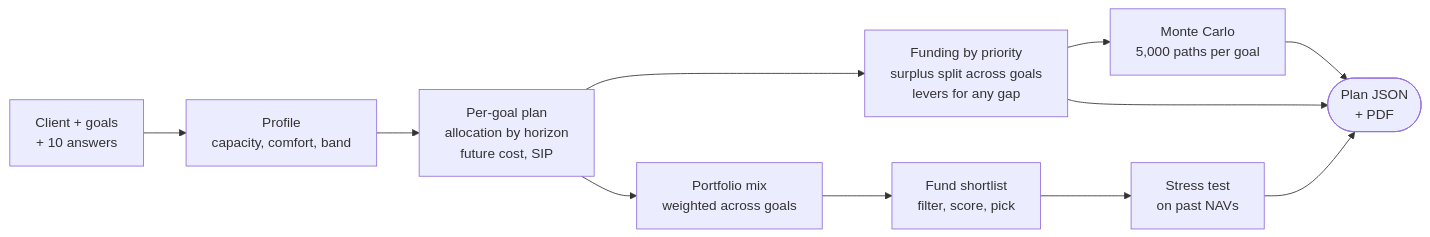
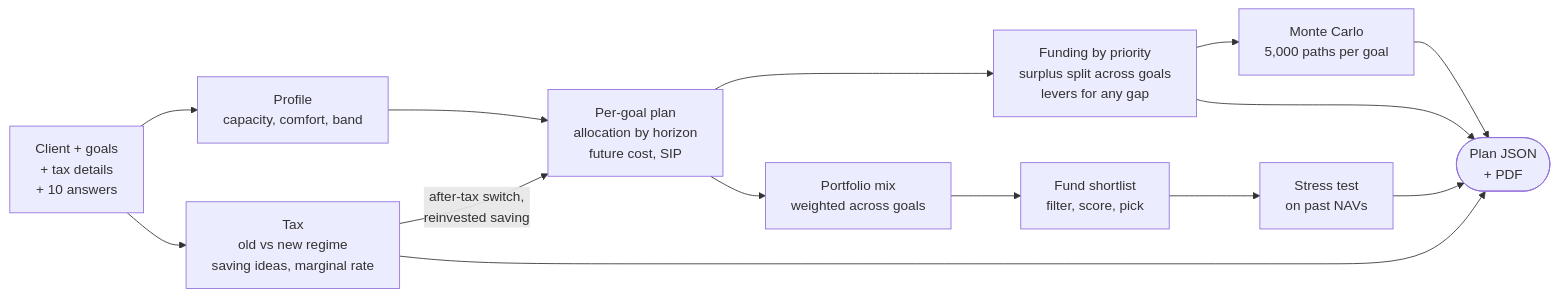
The second of 8 diagrams in README.md (debmukdm-jioinstitute/Fund-Horizon), drawn with Mermaid before and after one commit. The commit also changed other lines of this file and 8 other files, not shown here.

````diff
--- a/README.md
+++ b/README.md
@@ -100,13 +101,16 @@
 ```mermaid
 flowchart LR
-    A["Client + goals<br/>+ 10 answers"] --> B["Profile<br/>capacity, comfort, band"]
+    A["Client + goals<br/>+ tax details<br/>+ 10 answers"] --> B["Profile<br/>capacity, comfort, band"]
+    A --> T["Tax<br/>old vs new regime<br/>saving ideas, marginal rate"]
+    T -- "after-tax switch,<br/>reinvested saving" --> C
     B --> C["Per-goal plan<br/>allocation by horizon<br/>future cost, SIP"]
     C --> D["Funding by priority<br/>surplus split across goals<br/>levers for any gap"]
     D --> E["Monte Carlo<br/>5,000 paths per goal"]
     C --> F["Portfolio mix<br/>weighted across goals"]
     F --> G["Fund shortlist<br/>filter, score, pick"]
     G --> H["Stress test<br/>on past NAVs"]
+    T --> I
     E --> I(["Plan JSON<br/>+ PDF"])
     H --> I
     D --> I
 ```
````
